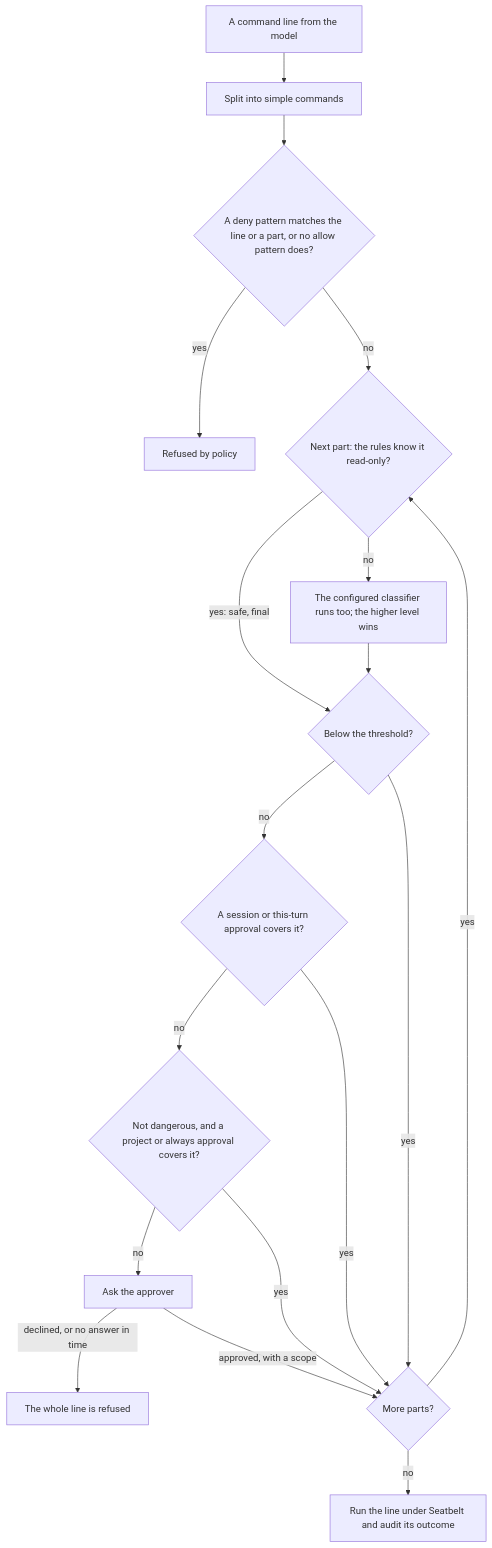
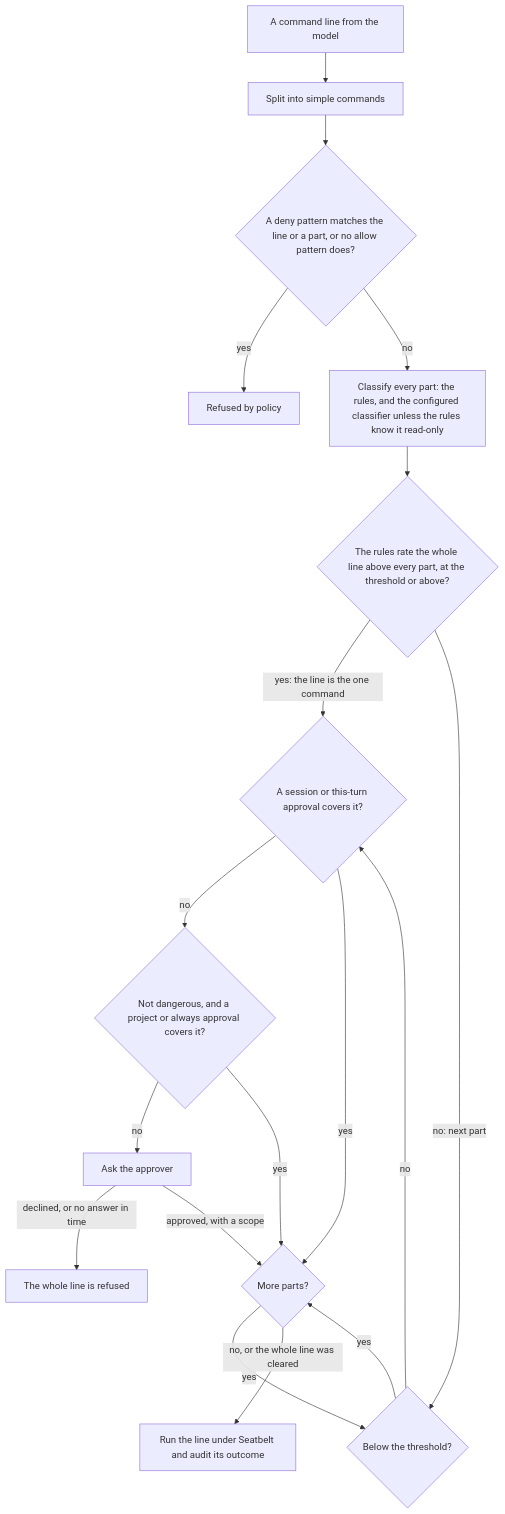
The first of 2 diagrams in docs/approval.md (pidster/wisp), drawn with Mermaid before and after one commit. The commit also changed other lines of this file and 27 other files, not shown here.

````diff
--- a/docs/approval.md
+++ b/docs/approval.md
@@ -135,20 +174,20 @@
 ```mermaid
 flowchart TD
     line["A command line from the model"] --> split["Split into simple commands"]
     split --> policy{"A deny pattern matches the line or a part, or no allow pattern does?"}
     policy -->|yes| denied["Refused by policy"]
-    policy -->|no| rules{"Next part: the rules know it read-only?"}
-    rules -->|"yes: safe, final"| threshold{"Below the threshold?"}
-    rules -->|no| classifier["The configured classifier runs too; the higher level wins"]
-    classifier --> threshold
+    policy -->|no| classify["Classify every part: the rules, and the configured classifier unless the rules know it read-only"]
+    classify --> whole{"The rules rate the whole line above every part, at the threshold or above?"}
+    whole -->|"yes: the line is the one command"| held
+    whole -->|"no: next part"| threshold{"Below the threshold?"}
     threshold -->|no| held{"A session or this-turn approval covers it?"}
     held -->|no| stored{"Not dangerous, and a project or always approval covers it?"}
     stored -->|no| ask["Ask the approver"]
     ask -->|"declined, or no answer in time"| refused["The whole line is refused"]
     threshold -->|yes| more{"More parts?"}
     held -->|yes| more
     stored -->|yes| more
     ask -->|"approved, with a scope"| more
-    more -->|yes| rules
-    more -->|no| run["Run the line under Seatbelt and audit its outcome"]
+    more -->|yes| threshold
+    more -->|"no, or the whole line was cleared"| run["Run the line under Seatbelt and audit its outcome"]
 ```
````
